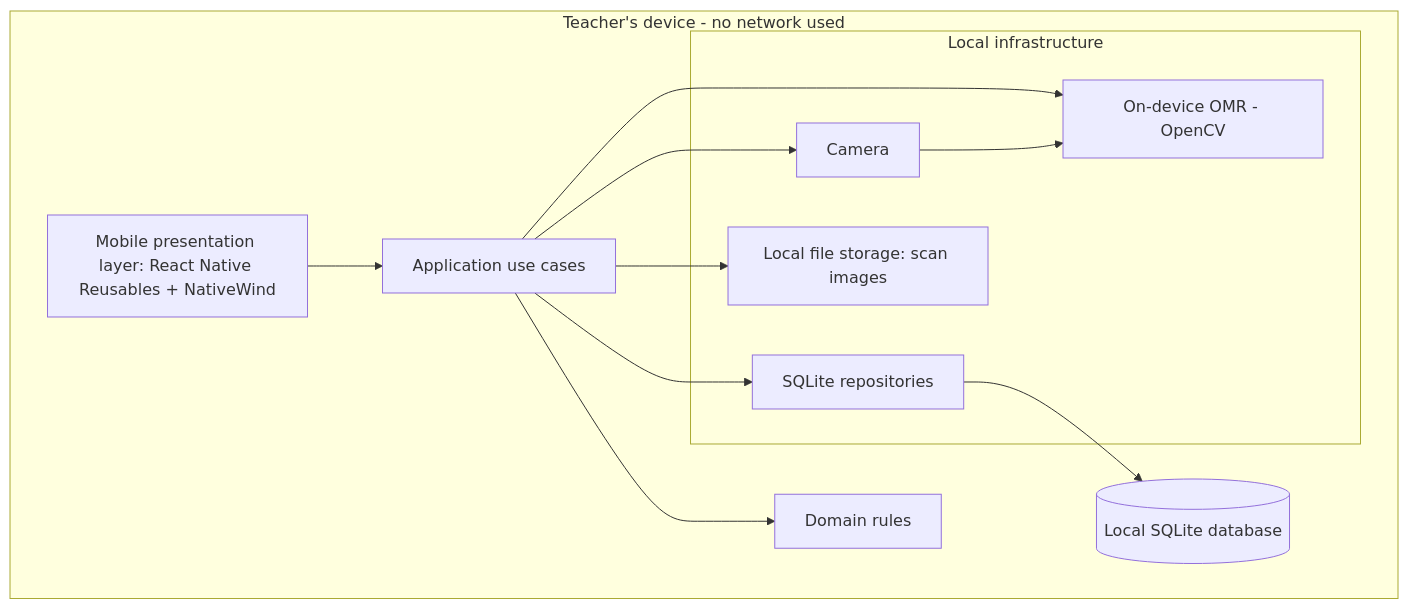
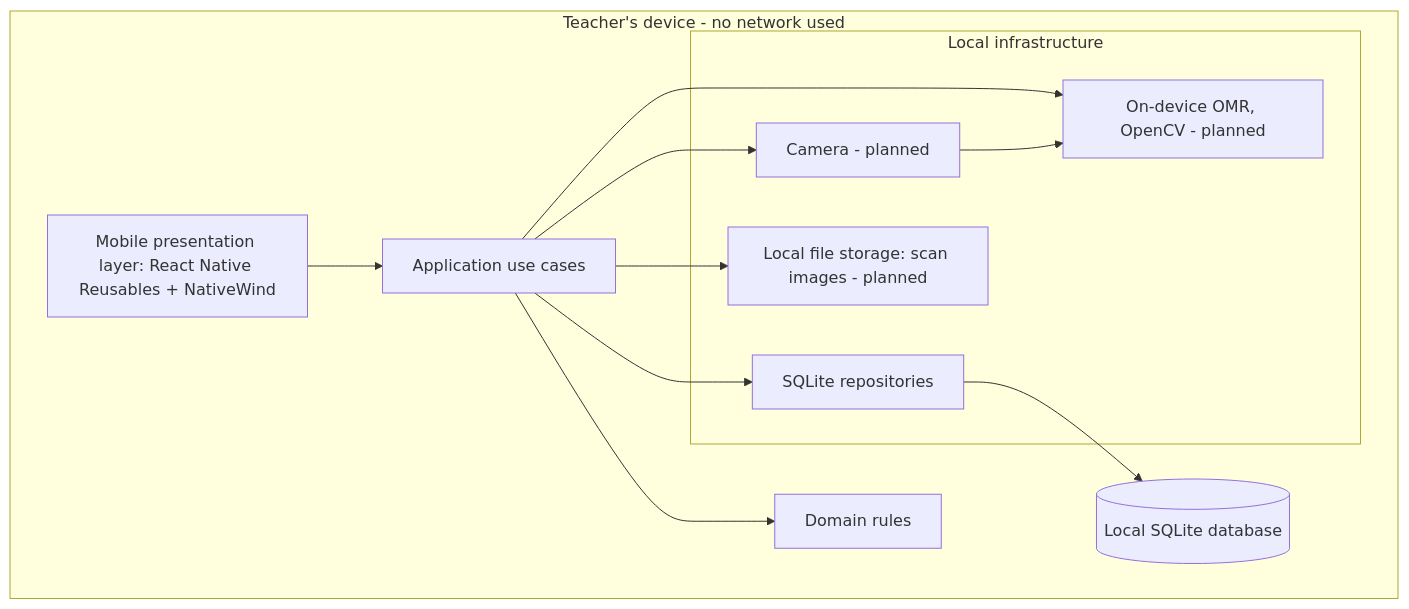
One commit to nicolaseugenio2022-cyber/answer-checker changed the second of 11 diagrams in docs/diagrams.md. Above: the diagram before and after it, drawn with Mermaid. The commit also changed other lines of this file and 6 other files, not shown here.

````diff
--- a/docs/diagrams.md
+++ b/docs/diagrams.md
@@ -11,24 +36,24 @@
 ```mermaid
 flowchart TD
     subgraph Device["Teacher's device - no network used"]
         UI["Mobile presentation layer: React Native Reusables + NativeWind"]
         APP["Application use cases"]
         DOMAIN["Domain rules"]
         subgraph Infra["Local infrastructure"]
-            CAM["Camera"]
-            OMR["On-device OMR - OpenCV"]
+            CAM["Camera - planned"]
+            OMR["On-device OMR, OpenCV - planned"]
             REPO["SQLite repositories"]
-            FILES["Local file storage: scan images"]
+            FILES["Local file storage: scan images - planned"]
         end
         DB[("Local SQLite database")]
     end
 
     UI --> APP
     APP --> DOMAIN
     APP --> CAM
     APP --> OMR
     APP --> REPO
     APP --> FILES
     CAM --> OMR
     REPO --> DB
 ```
````
